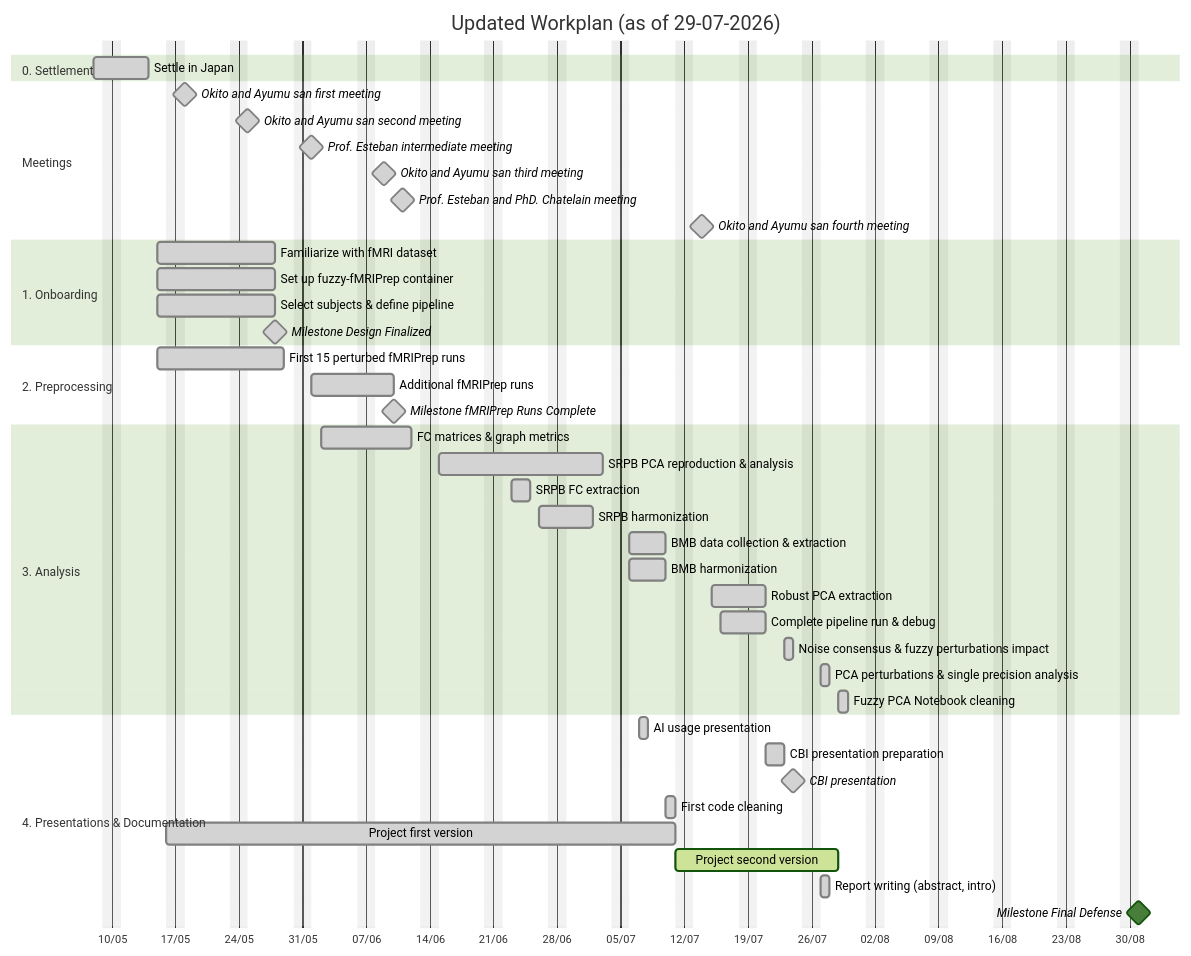
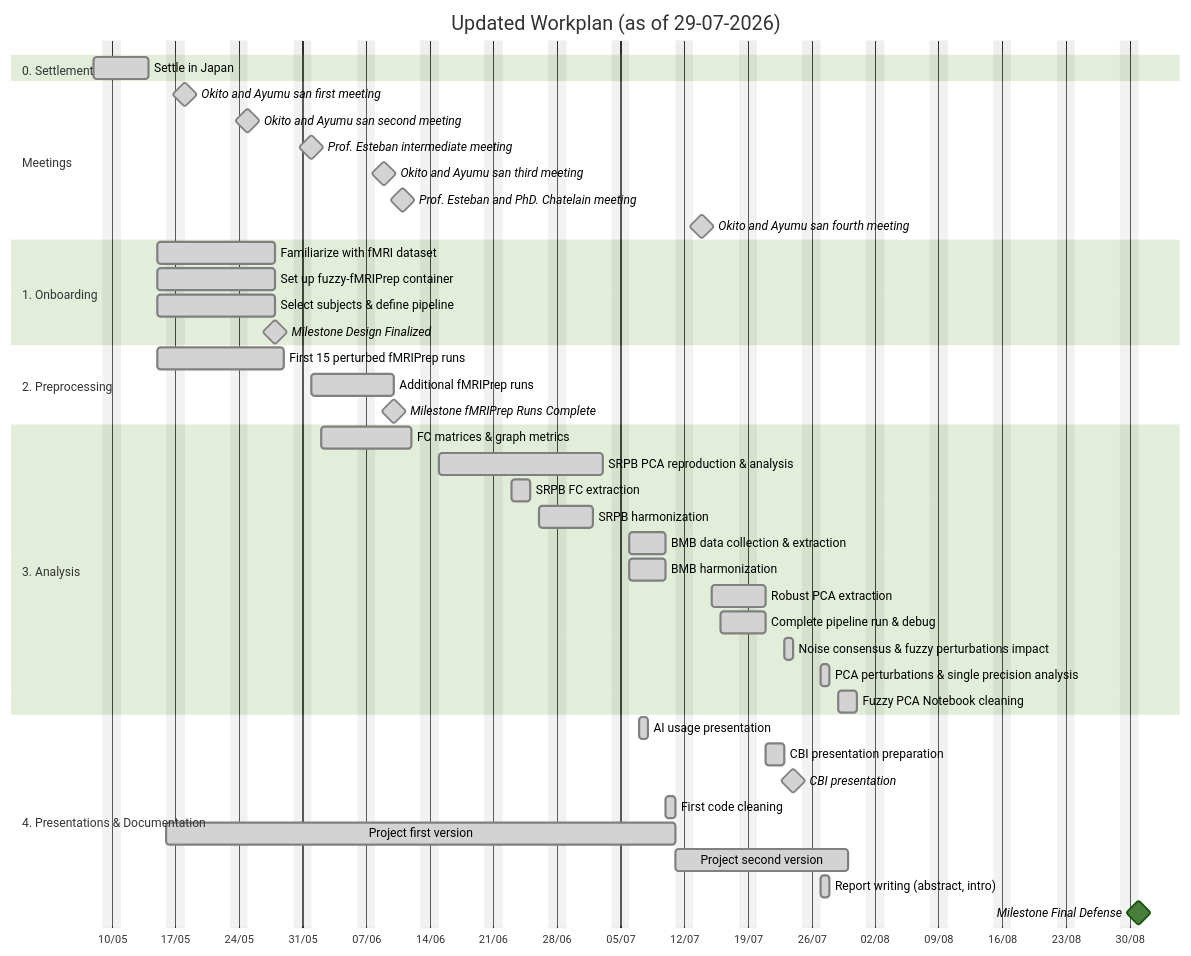
Before and after one commit to MadeInShineA/bachelor-thesis: the diagram in site/index.qmd, drawn with Mermaid (forest theme).

Commit message:
docs: Update index gantt diagram

````diff
--- a/site/index.qmd
+++ b/site/index.qmd
@@ -69,52 +69,52 @@
 ```{mermaid}
 gantt
     title Updated Workplan (as of 29-07-2026)
     dateFormat  YYYY-MM-DD
     axisFormat  %d/%m
     excludes weekends
 
     section 0. Settlement
     Settle in Japan :done, settlement, 2026-05-08, 2026-05-14
 
     section Meetings
     Okito and Ayumu san first meeting :done, milestone, meet1, 2026-05-18, 0d
     Okito and Ayumu san second meeting :done, milestone, meet2, 2026-05-25, 0d
     Prof. Esteban intermediate meeting :done, milestone, meet3, 2026-06-01, 0d
     Okito and Ayumu san third meeting :done, milestone, meet4, 2026-06-09, 0d
     Prof. Esteban and PhD. Chatelain meeting :done, milestone, meet5, 2026-06-11, 0d
     Okito and Ayumu san fourth meeting :done, milestone, meet6, 2026-07-14, 0d
 
     section 1. Onboarding
     Familiarize with fMRI dataset       :done, p1t1, 2026-05-15, 2026-05-28
     Set up fuzzy-fMRIPrep container     :done, p1t2, 2026-05-15, 2026-05-28
     Select subjects & define pipeline   :done, p1t3, 2026-05-15, 2026-05-28
     Milestone Design Finalized          :done, milestone, m1, 2026-05-28, 0d
 
     section 2. Preprocessing
     First 15 perturbed fMRIPrep runs    :done, p2t1, 2026-05-15, 2026-05-29
     Additional fMRIPrep runs            :done, p2t2, 2026-06-01, 2026-06-10
     Milestone fMRIPrep Runs Complete    :done, milestone, m2, 2026-06-10, 0d
 
     section 3. Analysis
     FC matrices & graph metrics         :done, p3t1, 2026-06-02, 2026-06-12
     SRPB PCA reproduction & analysis    :done, p3t2, 2026-06-15, 2026-07-03
     SRPB FC extraction                  :done, p3t3, 2026-06-23, 2026-06-25
     SRPB harmonization                  :done, p3t4, 2026-06-26, 2026-07-02
     BMB data collection & extraction    :done, p3t5, 2026-07-06, 2026-07-10
     BMB harmonization                   :done, p3t6, 2026-07-06, 2026-07-10
     Robust PCA extraction               :done, p3t7, 2026-07-15, 2026-07-21
     Complete pipeline run & debug       :done, p3t8, 2026-07-16, 2026-07-21
     Noise consensus & fuzzy perturbations impact :done, p3t9, 2026-07-23, 1d
     PCA perturbations & single precision analysis :done, p3t10, 2026-07-27, 2026-07-28
-    Fuzzy PCA Notebook cleaning                             :done, p3t11, 2026-07-29, 1d
+    Fuzzy PCA Notebook cleaning                             :done, p3t11, 2026-07-29, 2d
 
     section 4. Presentations & Documentation
     AI usage presentation               :done, p4t0, 2026-07-07, 2026-07-08
     CBI presentation preparation        :done, p4t1, 2026-07-21, 2026-07-23
     CBI presentation                    :done, milestone, meet7, 2026-07-24, 0d
     First code cleaning                 :done, p4t2, 2026-07-10, 1d
     Project first version               :done, p4t3, 2026-05-16, 2026-07-11
-    Project second version              :active, p4t4, 2026-07-11, 2026-07-29
+    Project second version              :done, p4t4, 2026-07-11, 2026-07-30
     Report writing (abstract, intro)    :done, p4t5, 2026-07-27, 2026-07-28
     Milestone Final Defense             :milestone, m4, 2026-08-31, 0d
 ```
````
